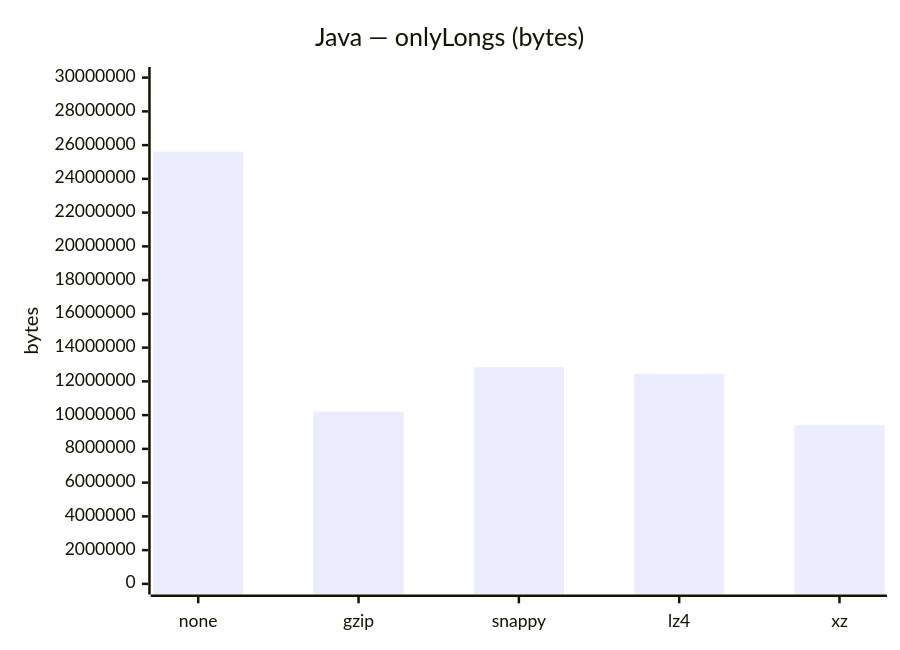
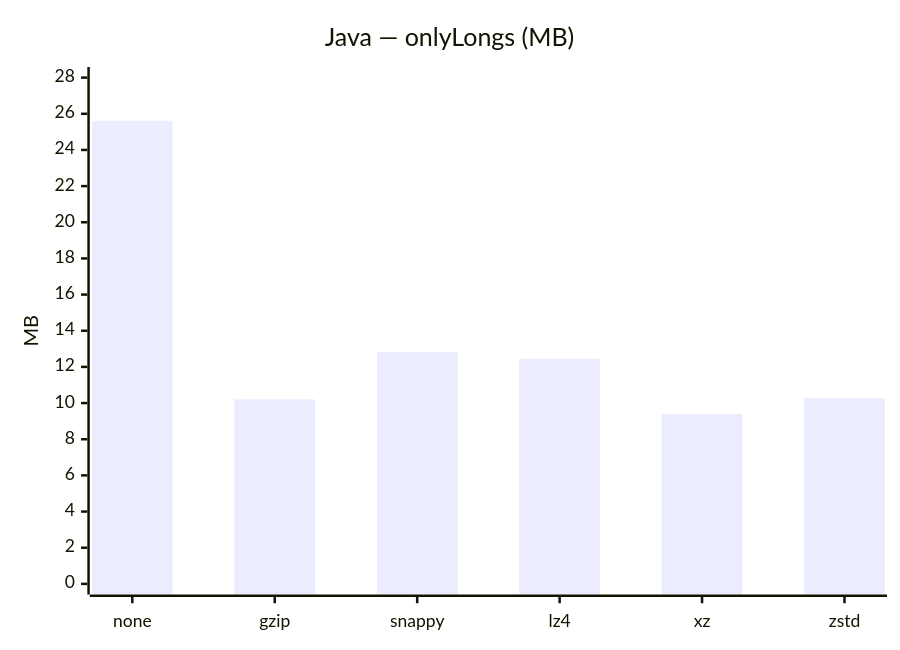
Before and after one commit to nryanov/SerializationBenchmark: the second of 33 diagrams in results/2026/file-sizes.md, drawn with Mermaid. The commit also changed other lines of this file, not shown here.

Commit message:
doc: update file size charts

````diff
--- a/results/2026/file-sizes.md
+++ b/results/2026/file-sizes.md
@@ -27,8 +27,8 @@
 ```mermaid
-%%{init: {"config": {"xyChart": {"width": 525, "height": 360}}}}%%
+%%{init: {"config": {"xyChart": {"width": 610, "height": 360}}}}%%
 xychart-beta
-    title "Java — onlyLongs (bytes)"
-    x-axis ["none", "gzip", "snappy", "lz4", "xz"]
-    y-axis "bytes" 0 --> 30000000
-    bar [25610320, 10207717, 12839417, 12447877, 9403032]
+    title "Java — onlyLongs (MB)"
+    x-axis ["none", "gzip", "snappy", "lz4", "xz", "zstd"]
+    y-axis "MB" 0 --> 28
+    bar [25.61, 10.21, 12.84, 12.45, 9.4, 10.28]
 ```
````
